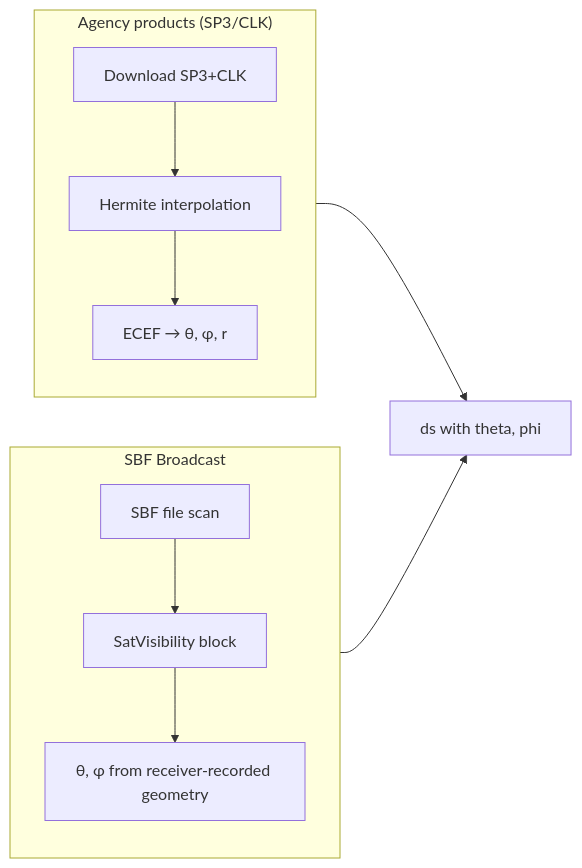
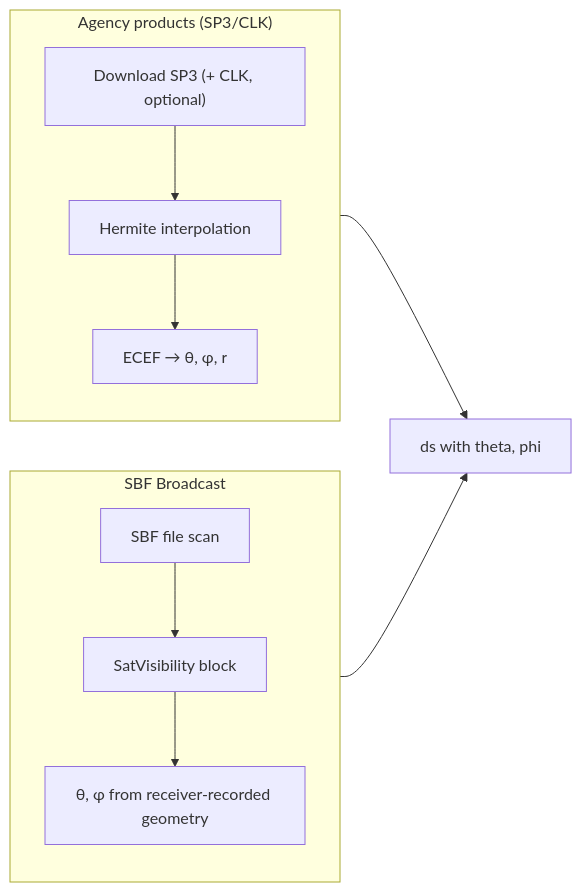
One commit to nfb2021/canvodpy changed the first of 2 diagrams in docs/guides/api-levels.md. Above: the diagram before and after it, drawn with Mermaid. The commit also changed other lines of this file and 24 other files, not shown here.

First line of the commit message:
feat(auxiliary): make CLK clock-correction fetching optional (default on)

````diff
--- a/docs/guides/api-levels.md
+++ b/docs/guides/api-levels.md
@@ -246,15 +246,15 @@
 ```mermaid
 flowchart LR
     subgraph Agency["Agency products (SP3/CLK)"]
-        A1[Download SP3+CLK] --> A2[Hermite interpolation]
+        A1["Download SP3 (+ CLK, optional)"] --> A2[Hermite interpolation]
         A2 --> A3["ECEF → θ, φ, r"]
     end
 
     subgraph SBF["SBF Broadcast"]
         B1["SBF file scan"] --> B2["SatVisibility block"]
         B2 --> B3["θ, φ from receiver-recorded geometry"]
     end
 
     Agency --> DS["ds with theta, phi"]
     SBF --> DS
 ```
````
